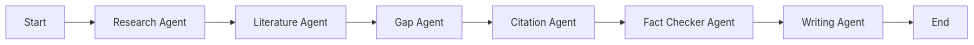
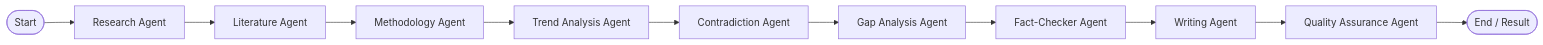
Before and after one commit to Architag1503/ResearcherGPT: the third of 7 diagrams in README.md, drawn with Mermaid. The commit also changed other lines of this file, not shown here.

````diff
--- a/README.md
+++ b/README.md
@@ -58,10 +234,13 @@
 ```mermaid
 graph LR
-    Start --> Research[Research Agent]
-    Research --> Literature[Literature Agent]
-    Literature --> Gap[Gap Agent]
-    Gap --> Citation[Citation Agent]
-    Citation --> FactCheck[Fact Checker Agent]
-    FactCheck --> Writer[Writing Agent]
-    Writer --> End
+    S([Start]) --> RA[Research Agent]
+    RA --> LA[Literature Agent]
+    LA --> MA[Methodology Agent]
+    MA --> TA[Trend Analysis Agent]
+    TA --> CA[Contradiction Agent]
+    CA --> GA[Gap Analysis Agent]
+    GA --> FA[Fact-Checker Agent]
+    FA --> WA[Writing Agent]
+    WA --> QA[Quality Assurance Agent]
+    QA --> E([End / Result])
 ```
````
